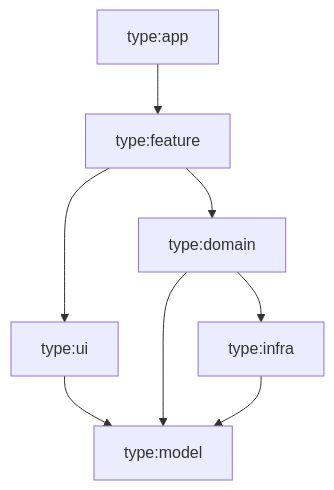
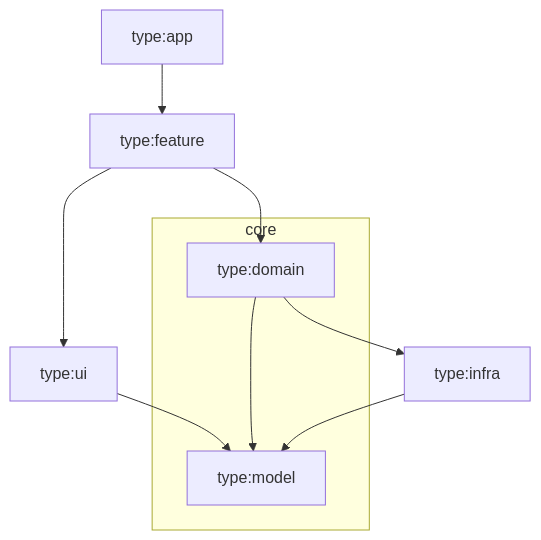
One commit to marmicode/cookbook changed the sixth of 8 diagrams in apps/cookbook/docs/nx/03-scaling/02-organize-libs.md. Above: the diagram before and after it, drawn with Mermaid. The commit also changed other lines of this file, not shown here.

Commit message:
docs(nx): 📝 add hexagonal frontend architecture + pros & cons

````diff
--- a/apps/cookbook/docs/nx/03-scaling/02-organize-libs.md
+++ b/apps/cookbook/docs/nx/03-scaling/02-organize-libs.md
@@ -178,14 +235,17 @@
 ```mermaid
 graph TD
- app["type:app"]
- model["type:model"]
- domain["type:domain"]
- feature["type:feature"]
- infra["type:infra"]
- ui["type:ui"]
- app --> feature
- feature --> ui & domain
- ui --> model
- domain --> model & infra
- infra --> model
+  app["type:app"]
+  model["type:model"]
+  domain["type:domain"]
+  feature["type:feature"]
+  infra["type:infra"]
+  ui["type:ui"]
+  app --> feature
+  feature --> ui & domain
+  ui --> model
+  domain --> infra
+  subgraph "core"
+    domain --> model
+  end
+  infra --> model
 ```
````
